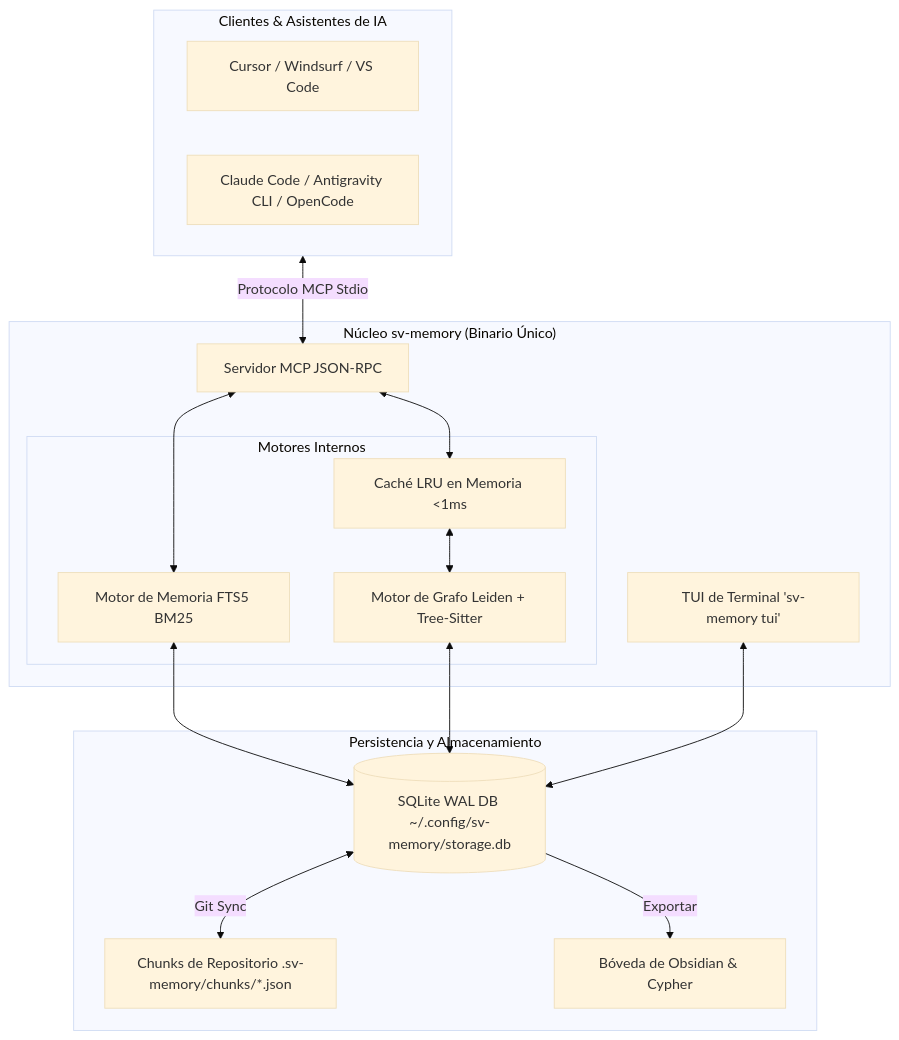
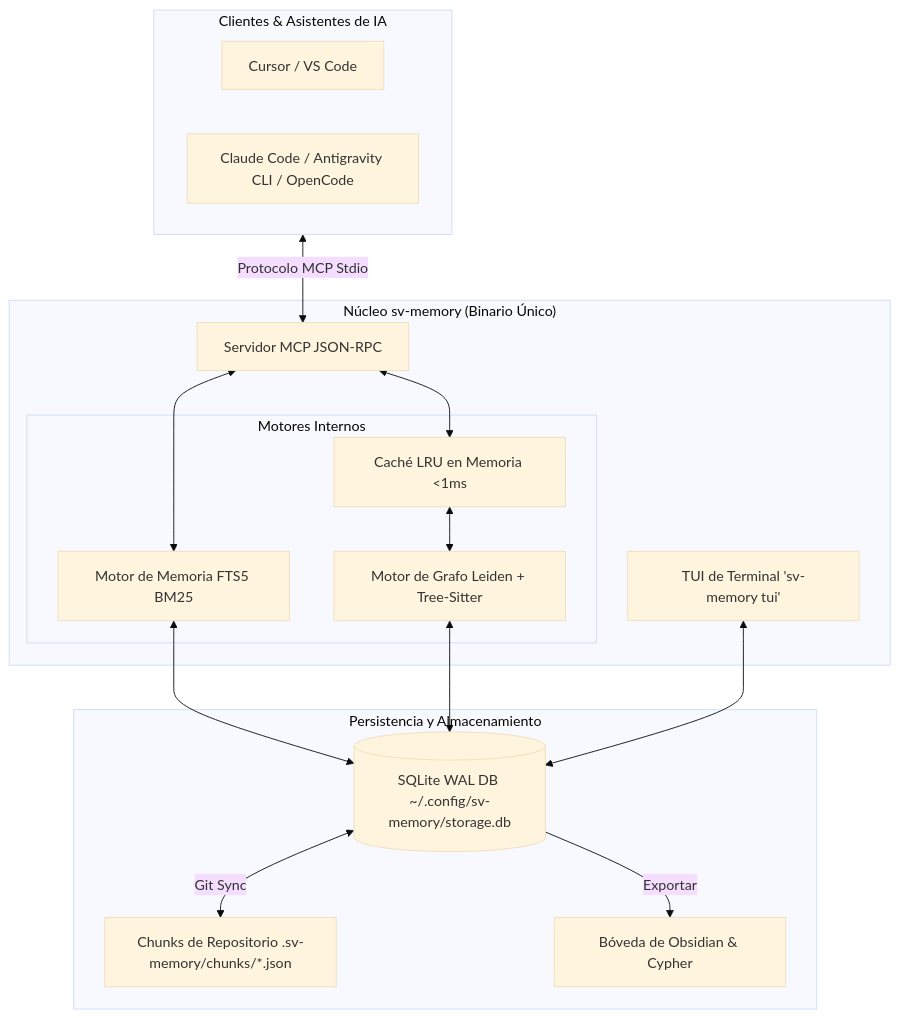
The diagram in README_ES.md (svtech-code/sv-memory), drawn with Mermaid (base theme) before and after one commit. The commit also changed other lines of this file and 24 other files, not shown here.

````diff
--- a/README_ES.md
+++ b/README_ES.md
@@ -59,34 +59,34 @@
 ```mermaid
 flowchart TD
     subgraph Clientes["Clientes & Asistentes de IA"]
-        A1[Cursor / Windsurf / VS Code]
+        A1[Cursor / VS Code]
         A2[Claude Code / Antigravity CLI / OpenCode]
     end
 
     subgraph Core["Núcleo sv-memory (Binario Único)"]
         MCP[Servidor MCP JSON-RPC]
         TUI[TUI de Terminal 'sv-memory tui']
 
         subgraph Motores["Motores Internos"]
             ME[Motor de Memoria FTS5 BM25]
             GE[Motor de Grafo Leiden + Tree-Sitter]
             GC[Caché LRU en Memoria <1ms]
         end
     end
 
     subgraph Almacenamiento["Persistencia y Almacenamiento"]
         DB[(SQLite WAL DB ~/.config/sv-memory/storage.db)]
         GIT[Chunks de Repositorio .sv-memory/chunks/*.json]
         OBS[Bóveda de Obsidian & Cypher]
     end
 
     Clientes <-->|Protocolo MCP Stdio| MCP
     MCP <--> ME
     MCP <--> GC
     GC <--> GE
     ME <--> DB
     GE <--> DB
     TUI <--> DB
     DB <-->|Git Sync| GIT
     DB -->|Exportar| OBS
 ```
````
